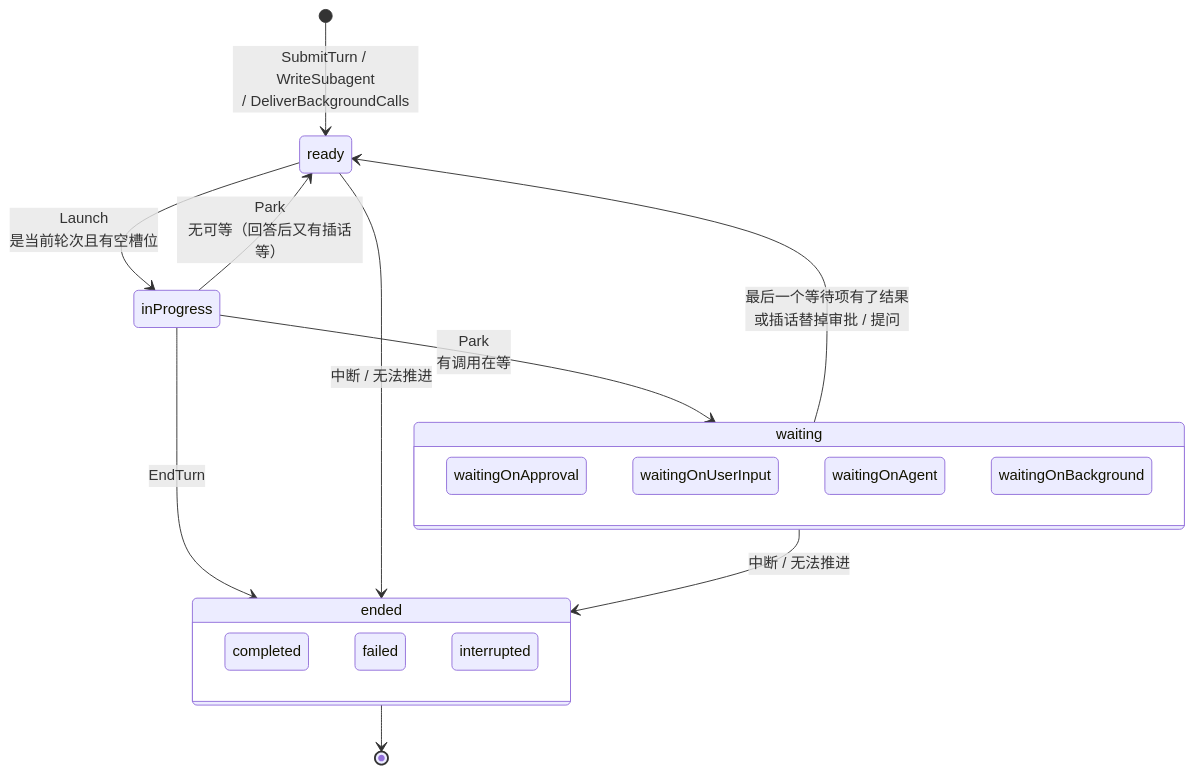
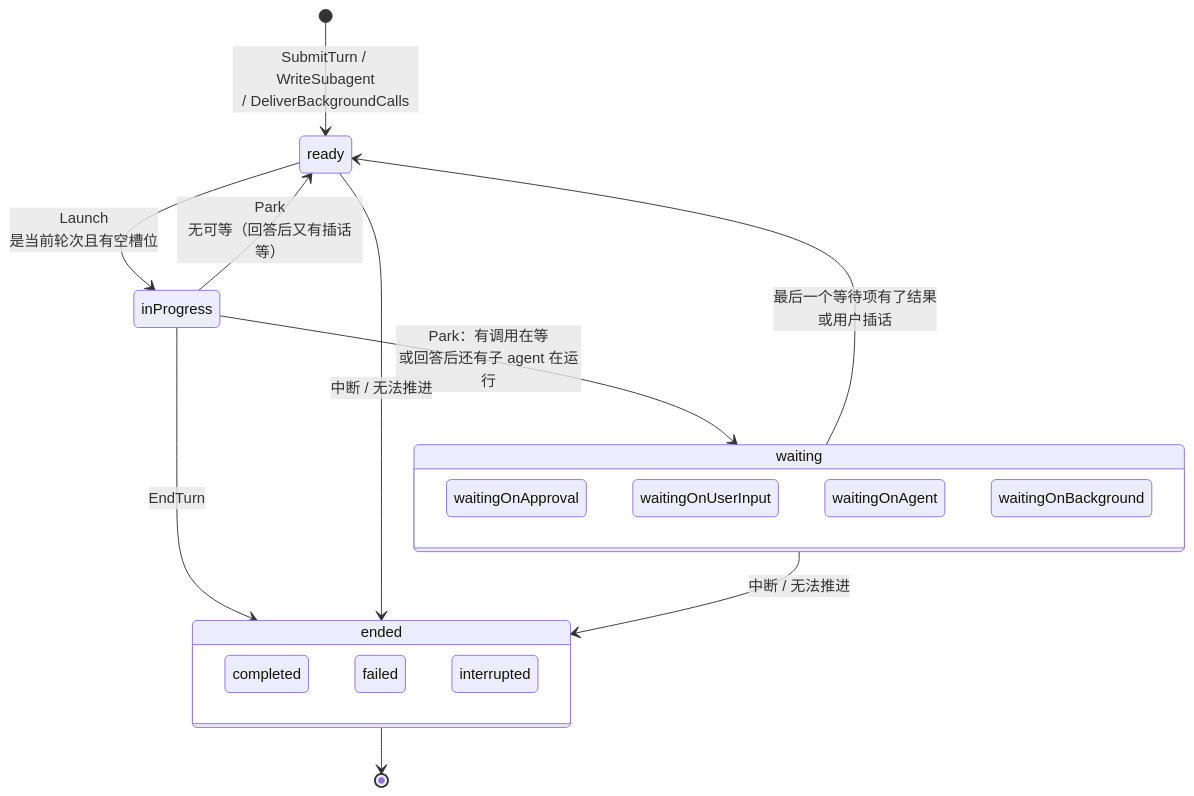
The fourth of 5 diagrams in docs/lifecycle.md (0xfakeSpike/ollupi), drawn with Mermaid before and after one commit. The commit also changed other lines of this file and 30 other files, not shown here.

````diff
--- a/docs/lifecycle.md
+++ b/docs/lifecycle.md
@@ -101,24 +101,24 @@
 ```mermaid
 stateDiagram-v2
   [*] --> ready: SubmitTurn / WriteSubagent<br/>/ DeliverBackgroundCalls
   ready --> inProgress: Launch<br/>是当前轮次且有空槽位
-  inProgress --> waiting: Park<br/>有调用在等
+  inProgress --> waiting: Park：有调用在等<br/>或回答后还有子 agent 在运行
   inProgress --> ready: Park<br/>无可等（回答后又有插话等）
-  waiting --> ready: 最后一个等待项有了结果<br/>或插话替掉审批 / 提问
+  waiting --> ready: 最后一个等待项有了结果<br/>或用户插话
   inProgress --> ended: EndTurn
   ready --> ended: 中断 / 无法推进
   waiting --> ended: 中断 / 无法推进
   ended --> [*]
 
   state waiting {
     waitingOnApproval
     waitingOnUserInput
     waitingOnAgent
     waitingOnBackground
   }
   state ended {
     completed
     failed
     interrupted
   }
 ```
````
